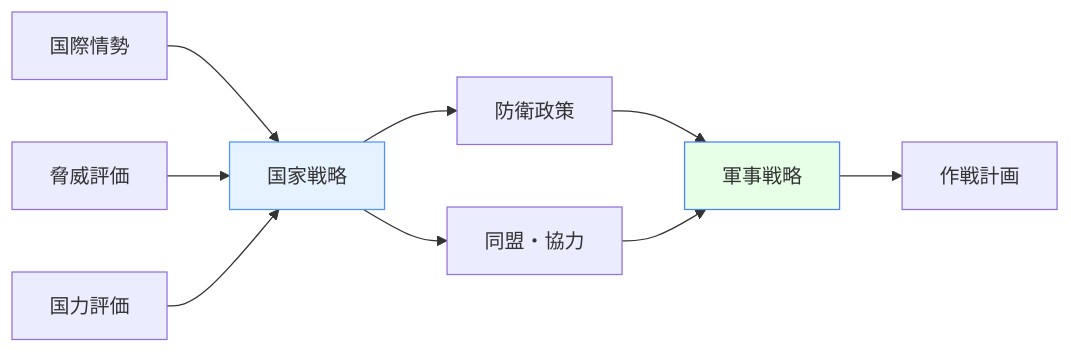
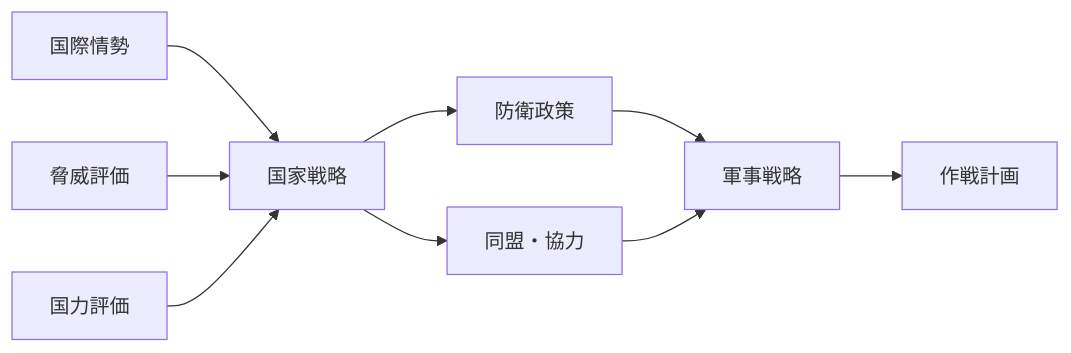
Before and after one commit to shuji-bonji/Situational-Awareness-and-Decision-Making: the third of 8 diagrams in docs/applications/military-sa.md, drawn with Mermaid. The commit also changed other lines of this file and 49 other files, not shown here.

Commit message:
fix: ダークモードで見づらい図の色の変更

````diff
--- a/docs/applications/military-sa.md
+++ b/docs/applications/military-sa.md
@@ -182,14 +182,14 @@
 ```mermaid
 graph LR
     A[国際情勢] --> D[国家戦略]
     B[脅威評価] --> D
     C[国力評価] --> D
     D --> E[防衛政策]
     D --> F[同盟・協力]
     E --> G[軍事戦略]
     F --> G
     G --> H[作戦計画]
     
-    style D fill:#e6f2ff,stroke:#4d94ff
-    style G fill:#e6ffe6,stroke:#4d7fff
+
+
 ```
````
